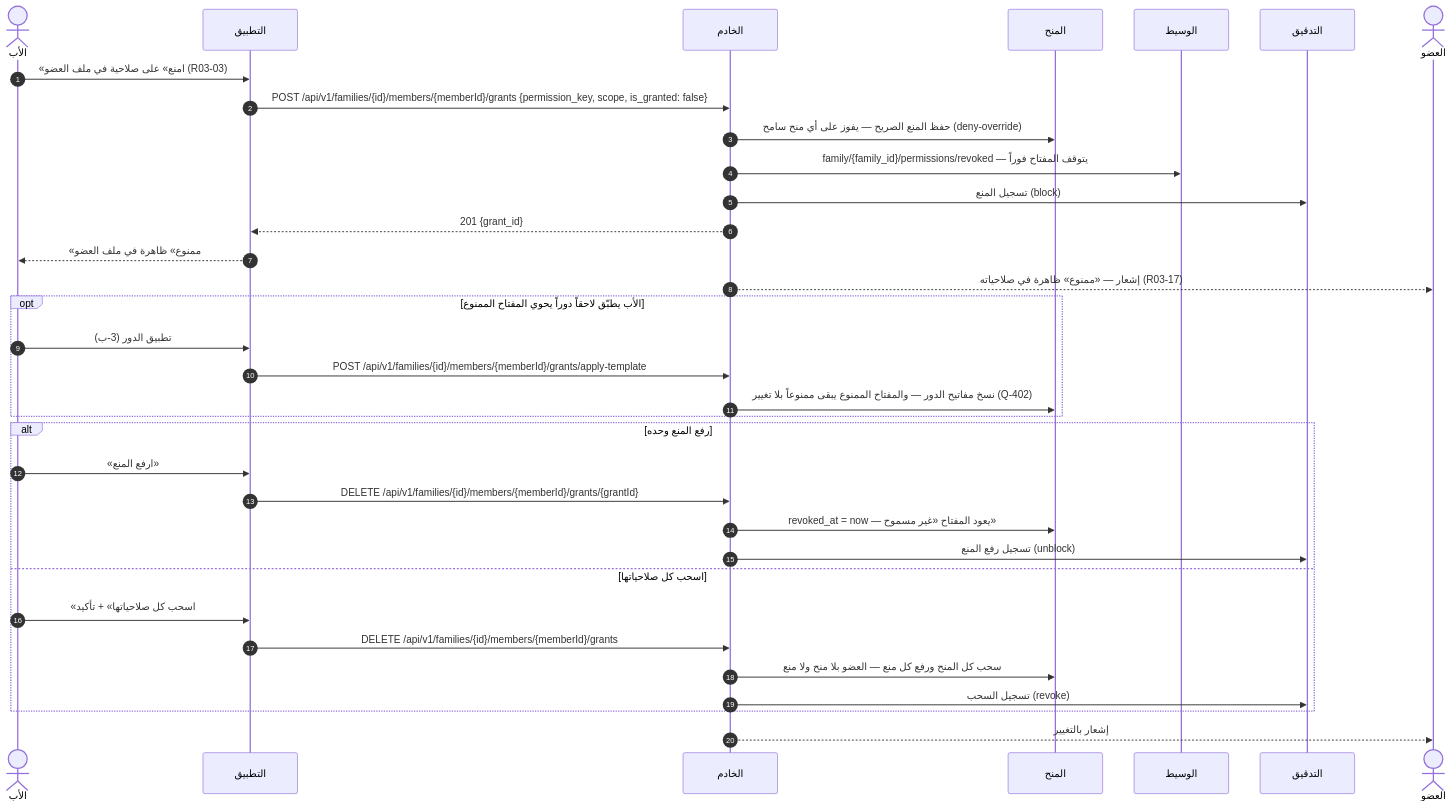
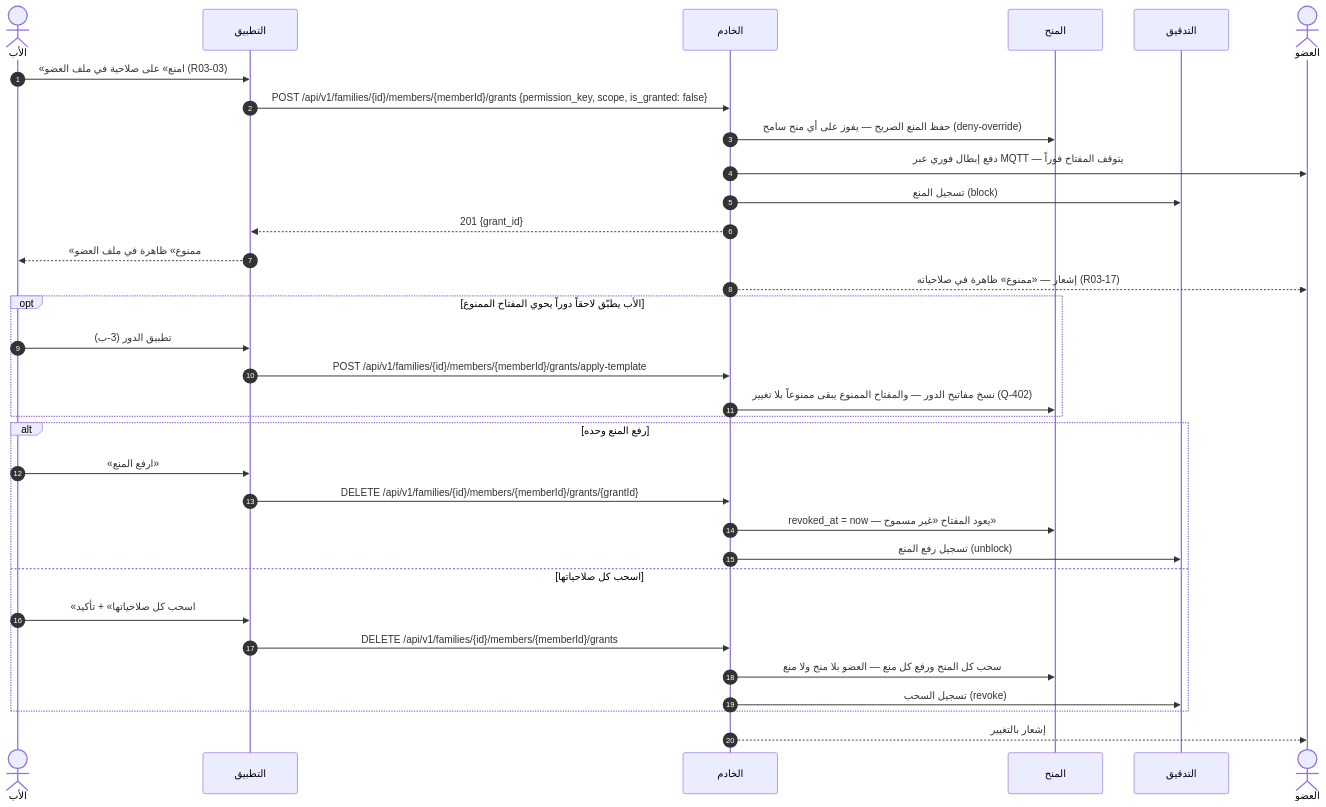
One commit to Bassam-mohammed-alqaeadi/family-os-v2 changed diagram 14 of 33 in docs/family-os/governance/phases/phase-1/S1-03-family-roles-and-permissions/DIAGRAMS.md. Above: the diagram before and after it, drawn with Mermaid. The commit also changed other lines of this file, not shown here.

````diff
--- a/docs/family-os/governance/phases/phase-1/S1-03-family-roles-and-permissions/DIAGRAMS.md
+++ b/docs/family-os/governance/phases/phase-1/S1-03-family-roles-and-permissions/DIAGRAMS.md
@@ -598,36 +601,35 @@
 ```mermaid
 sequenceDiagram
     autonumber
     actor Father as الأب
     participant App as التطبيق
     participant Ktor as الخادم
     participant Grants as المنح
-    participant MQTT as الوسيط
     participant Audit as التدقيق
     actor Member as العضو
     Father->>App: «امنع» على صلاحية في ملف العضو (R03-03)
     App->>Ktor: POST /api/v1/families/{id}/members/{memberId}/grants {permission_key, scope, is_granted: false}
     Ktor->>Grants: حفظ المنع الصريح — يفوز على أي منح سامح (deny-override)
-    Ktor->>MQTT: family/{family_id}/permissions/revoked — يتوقف المفتاح فوراً
+    Ktor->>Member: دفع إبطال فوري عبر MQTT — يتوقف المفتاح فوراً
     Ktor->>Audit: تسجيل المنع (block)
     Ktor-->>App: 201 {grant_id}
     App-->>Father: «ممنوع» ظاهرة في ملف العضو
     Ktor-->>Member: إشعار — «ممنوع» ظاهرة في صلاحياته (R03-17)
     opt الأب يطبّق لاحقاً دوراً يحوي المفتاح الممنوع
         Father->>App: تطبيق الدور (3-ب)
         App->>Ktor: POST /api/v1/families/{id}/members/{memberId}/grants/apply-template
         Ktor->>Grants: نسخ مفاتيح الدور — والمفتاح الممنوع يبقى ممنوعاً بلا تغيير (Q-402)
     end
     alt رفع المنع وحده
         Father->>App: «ارفع المنع»
         App->>Ktor: DELETE /api/v1/families/{id}/members/{memberId}/grants/{grantId}
         Ktor->>Grants: revoked_at = now — يعود المفتاح «غير مسموح»
         Ktor->>Audit: تسجيل رفع المنع (unblock)
     else اسحب كل صلاحياتها
         Father->>App: «اسحب كل صلاحياتها» + تأكيد
         App->>Ktor: DELETE /api/v1/families/{id}/members/{memberId}/grants
         Ktor->>Grants: سحب كل المنح ورفع كل منع — العضو بلا منح ولا منع
         Ktor->>Audit: تسجيل السحب (revoke)
     end
     Ktor-->>Member: إشعار بالتغيير
 ```
````
